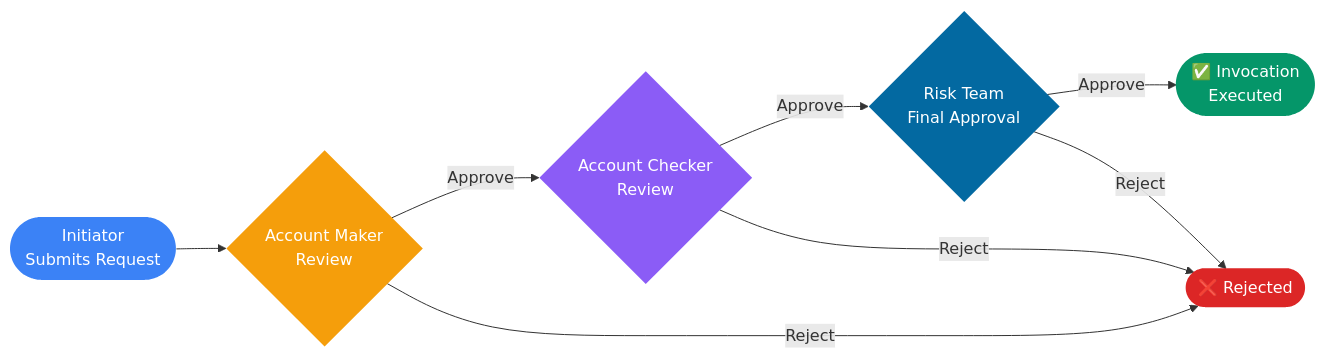
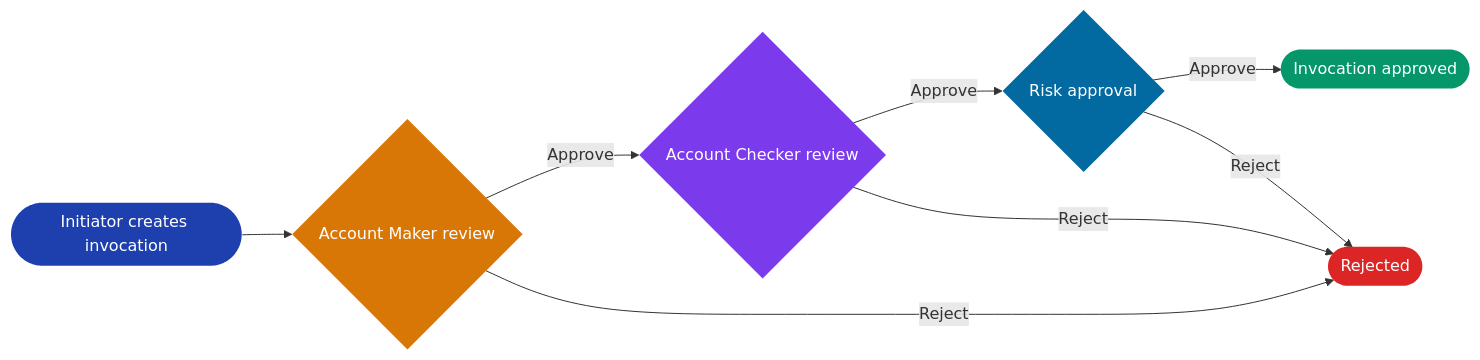
The diagram in README.md (regvedpande/ManualInvocationDemo), drawn with Mermaid before and after one commit. The commit also changed other lines of this file and 25 other files, not shown here.

````diff
--- a/README.md
+++ b/README.md
@@ -17,17 +39,17 @@
 ```mermaid
 flowchart LR
-    A([Initiator\nSubmits Request]) --> B{Account Maker\nReview}
-    B -->|Approve| C{Account Checker\nReview}
-    B -->|Reject| R([❌ Rejected])
-    C -->|Approve| D{Risk Team\nFinal Approval}
-    C -->|Reject| R
-    D -->|Approve| E([✅ Invocation\nExecuted])
-    D -->|Reject| R
+    A(["Initiator creates invocation"]) --> B{"Account Maker review"}
+    B -->|"Approve"| C{"Account Checker review"}
+    B -->|"Reject"| R(["Rejected"])
+    C -->|"Approve"| D{"Risk approval"}
+    C -->|"Reject"| R
+    D -->|"Approve"| E(["Invocation approved"])
+    D -->|"Reject"| R
 
-    style A fill:#3b82f6,color:#fff,stroke:none
-    style B fill:#f59e0b,color:#fff,stroke:none
-    style C fill:#8b5cf6,color:#fff,stroke:none
+    style A fill:#1e40af,color:#fff,stroke:none
+    style B fill:#d97706,color:#fff,stroke:none
+    style C fill:#7c3aed,color:#fff,stroke:none
     style D fill:#0369a1,color:#fff,stroke:none
     style E fill:#059669,color:#fff,stroke:none
     style R fill:#dc2626,color:#fff,stroke:none
 ```
````
